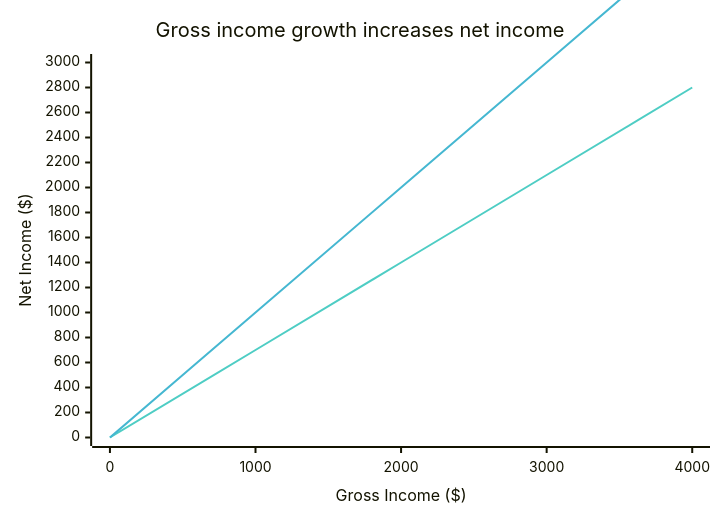
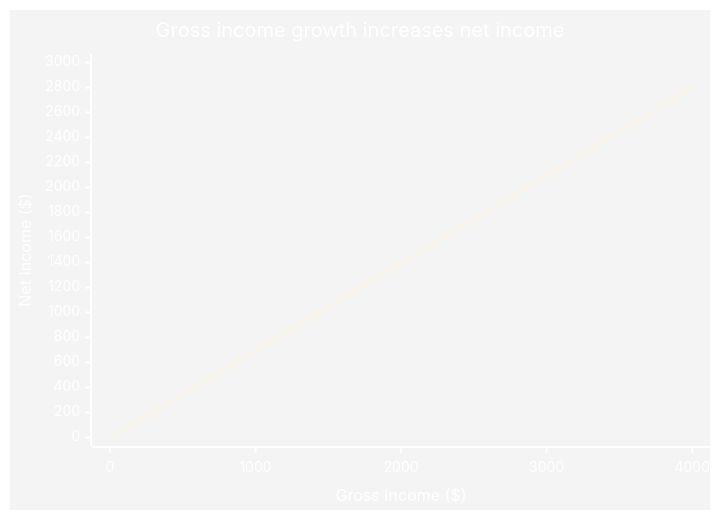
One commit to sergey-shandar/public changed the second of 4 diagrams in notes/economy/justice.md. Above: the diagram before and after it, drawn with Mermaid. The commit also changed other lines of this file, not shown here.

````diff
--- a/notes/economy/justice.md
+++ b/notes/economy/justice.md
@@ -26,9 +25,8 @@
 ```mermaid
-%%{init: {'theme':'base', 'themeVariables': {'xyChart': {'plotColorPalette': '#4ecdc4,#45b7d1,#96ceb4,#ffeaa7,#fd79a8,#a29bfe,#6c5ce7'}}}}%%
+%%{init: {'theme':'base', 'themeVariables': {'primaryColor':'#4ecdc4', 'primaryTextColor':'#fff', 'primaryBorderColor':'#4ecdc4', 'lineColor':'#5490cc', 'secondaryColor':'#ffda79', 'tertiaryColor':'#fff'}}}%%
 xychart-beta
     title "Gross income growth increases net income"
     x-axis "Gross Income ($)" [0, 1000, 2000, 3000, 4000]
     y-axis "Net Income ($)" 0 --> 3000
     line "Net Income" [0, 700, 1400, 2100, 2800]
-    line "Ideal (45° line)" [0, 1000, 2000, 3000, 4000]
 ```
````
